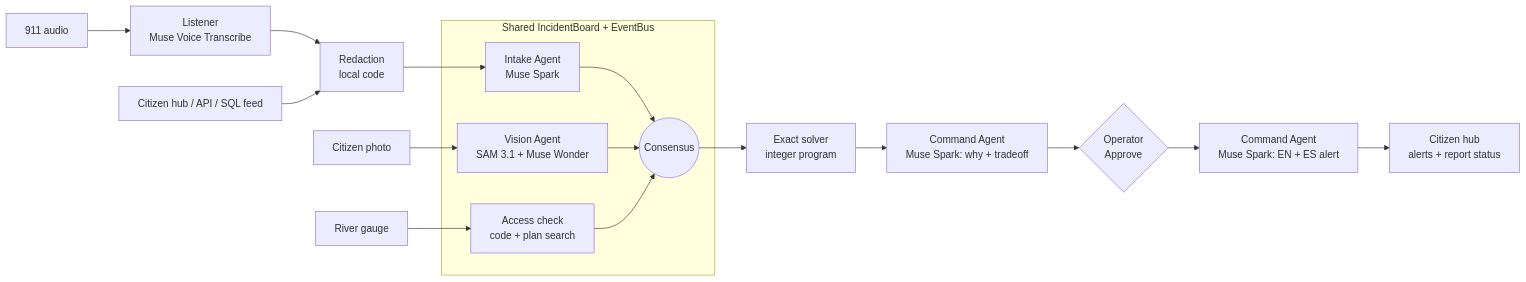
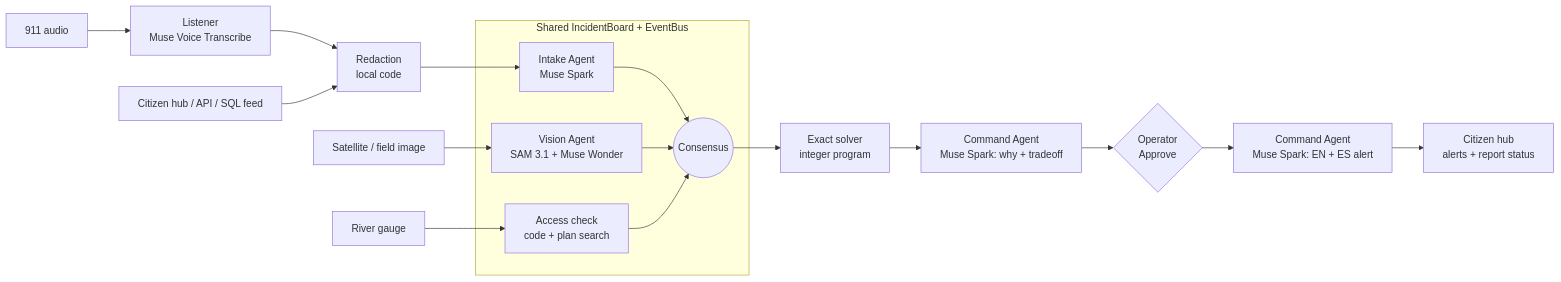
One commit to JulianChaoul16/Swarm_Crisis_Command changed the diagram in README.md. Above: the diagram before and after it, drawn with Mermaid. The commit also changed other lines of this file and 33 other files, not shown here.

````diff
--- a/README.md
+++ b/README.md
@@ -106,19 +130,19 @@
 ```mermaid
 flowchart LR
   A[911 audio] --> L[Listener<br/>Muse Voice Transcribe]
   L --> R[Redaction<br/>local code]
   T[Citizen hub / API / SQL feed] --> R
   R --> I[Intake Agent<br/>Muse Spark]
-  P[Citizen photo] --> V[Vision Agent<br/>SAM 3.1 + Muse Wonder]
+  P[Satellite / field image] --> V[Vision Agent<br/>SAM 3.1 + Muse Wonder]
   G[River gauge] --> AC
   subgraph Board[Shared IncidentBoard + EventBus]
     I --> C((Consensus))
     V --> C
     AC[Access check<br/>code + plan search] --> C
   end
   C --> S[Exact solver<br/>integer program]
   S --> K[Command Agent<br/>Muse Spark: why + tradeoff]
   K --> H{Operator<br/>Approve}
   H --> M[Command Agent<br/>Muse Spark: EN + ES alert]
   M --> Z[Citizen hub<br/>alerts + report status]
 ```
````
